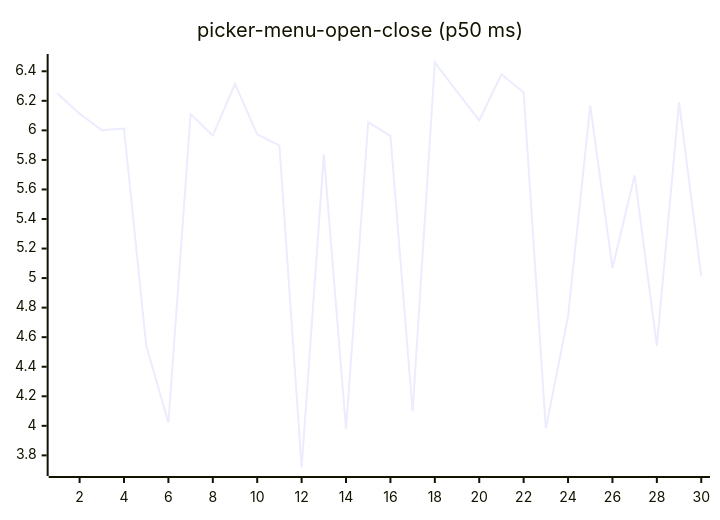
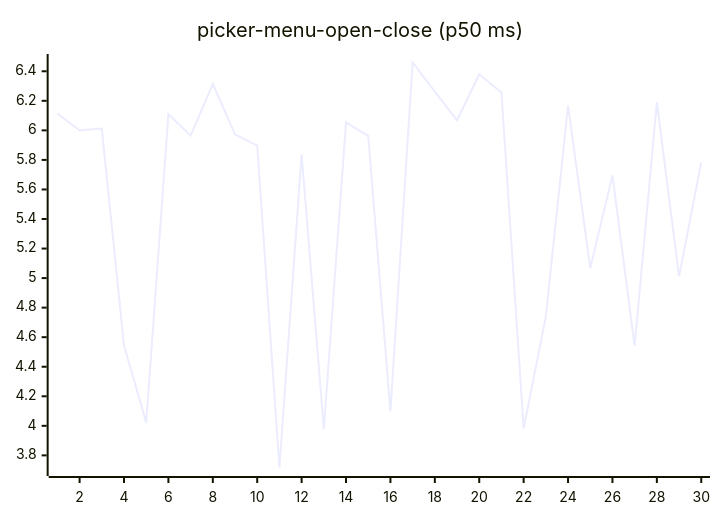
One commit to josha/Facet changed diagram 16 of 27 in README.md. Above: the diagram before and after it, drawn with Mermaid. The commit also changed other lines of this file and 2 other files, not shown here.

````diff
--- a/README.md
+++ b/README.md
@@ -168,6 +168,6 @@
 ```mermaid
 xychart-beta
     title "picker-menu-open-close (p50 ms)"
     x-axis 1 --> 30
-    line [6.2500, 6.1133, 6.0006, 6.0128, 4.5439, 4.0216, 6.1100, 5.9646, 6.3137, 5.9733, 5.8960, 3.7179, 5.8378, 3.9788, 6.0543, 5.9629, 4.0972, 6.4594, 6.2618, 6.0678, 6.3801, 6.2569, 3.9826, 4.7388, 6.1676, 5.0690, 5.6954, 4.5402, 6.1912, 5.0120]
+    line [6.1133, 6.0006, 6.0128, 4.5439, 4.0216, 6.1100, 5.9646, 6.3137, 5.9733, 5.8960, 3.7179, 5.8378, 3.9788, 6.0543, 5.9629, 4.0972, 6.4594, 6.2618, 6.0678, 6.3801, 6.2569, 3.9826, 4.7388, 6.1676, 5.0690, 5.6954, 4.5402, 6.1912, 5.0120, 5.7822]
 ```
````
